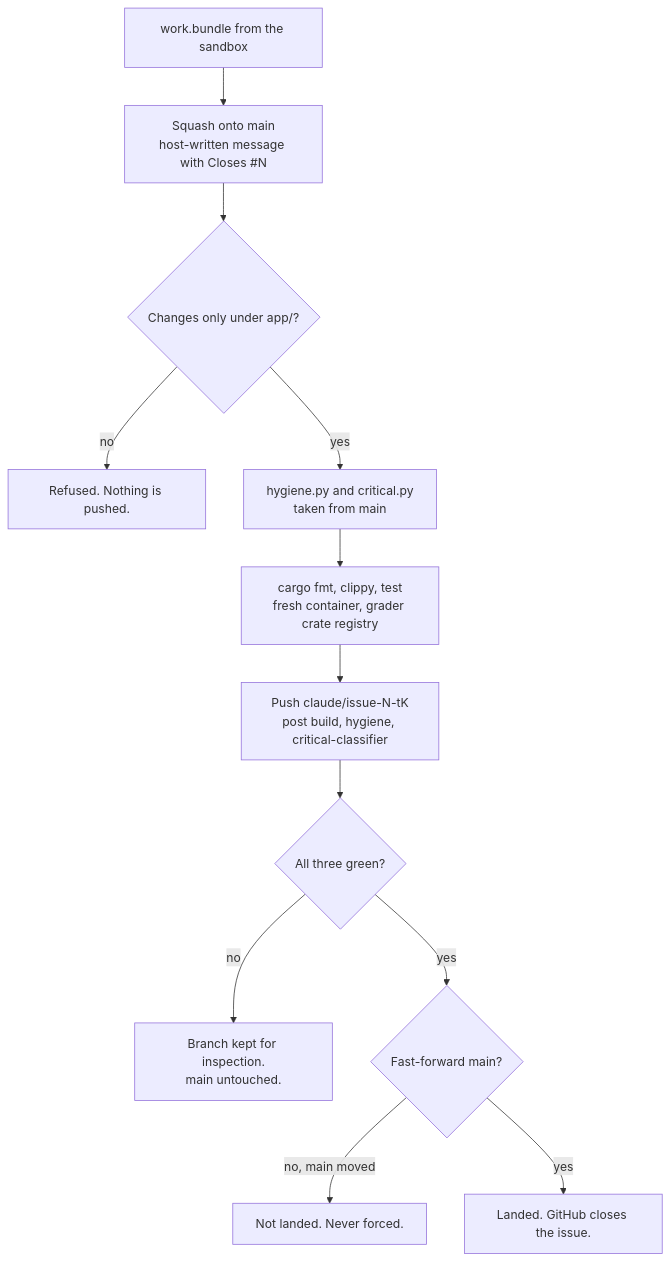
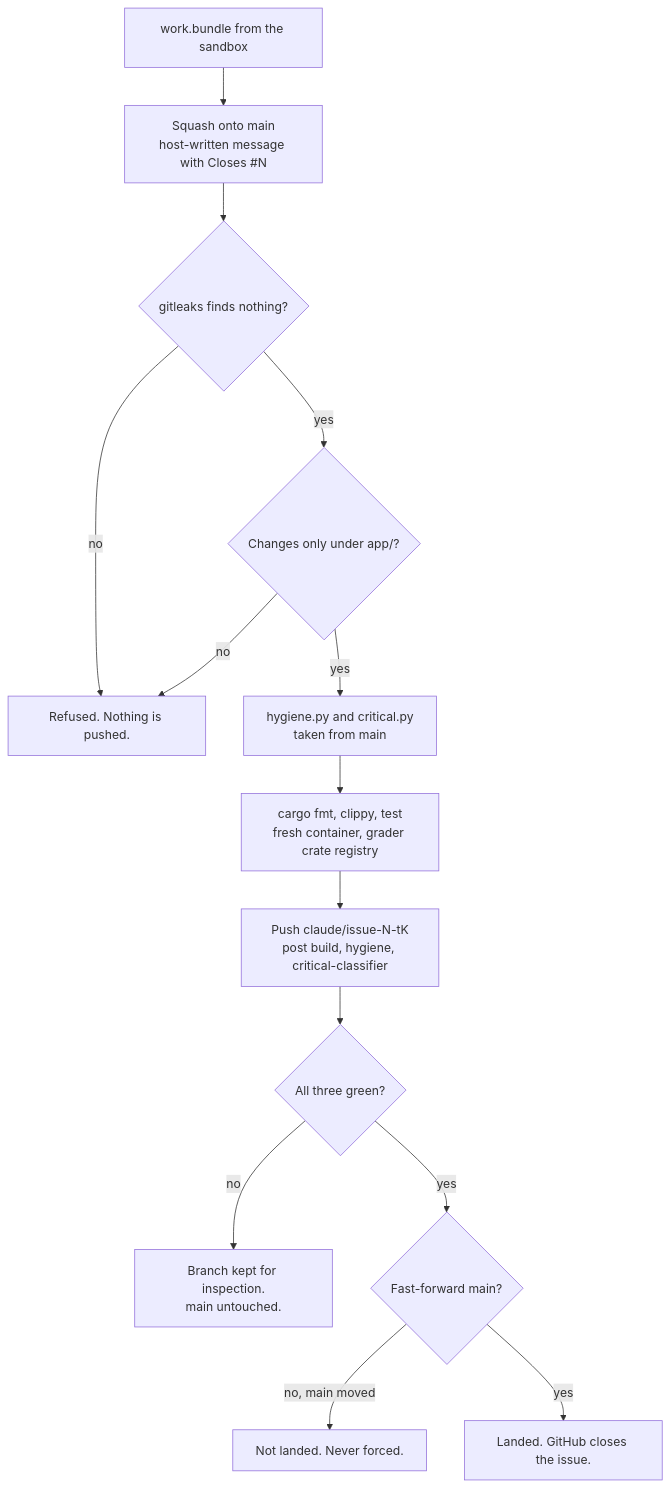
One commit to rhprasad0/factory-scoreboard changed the second of 4 diagrams in ARCHITECTURE.md. Above: the diagram before and after it, drawn with Mermaid. The commit also changed other lines of this file and 5 other files, not shown here.

````diff
--- a/ARCHITECTURE.md
+++ b/ARCHITECTURE.md
@@ -62,14 +62,16 @@
 ```mermaid
 flowchart TD
     B["work.bundle from the sandbox"] --> S["Squash onto main<br/>host-written message with Closes #N"]
-    S --> R{"Changes only under app/?"}
-    R -- no --> X["Refused. Nothing is pushed."]
+    S --> L0{"gitleaks finds nothing?"}
+    L0 -- no --> X["Refused. Nothing is pushed."]
+    L0 -- yes --> R{"Changes only under app/?"}
+    R -- no --> X
     R -- yes --> G["hygiene.py and critical.py<br/>taken from main"]
     G --> C["cargo fmt, clippy, test<br/>fresh container, grader crate registry"]
     C --> P["Push claude/issue-N-tK<br/>post build, hygiene, critical-classifier"]
     P --> Q{"All three green?"}
     Q -- no --> K["Branch kept for inspection.<br/>main untouched."]
     Q -- yes --> M{"Fast-forward main?"}
     M -- "no, main moved" --> N["Not landed. Never forced."]
     M -- yes --> L["Landed. GitHub closes the issue."]
 ```
````
